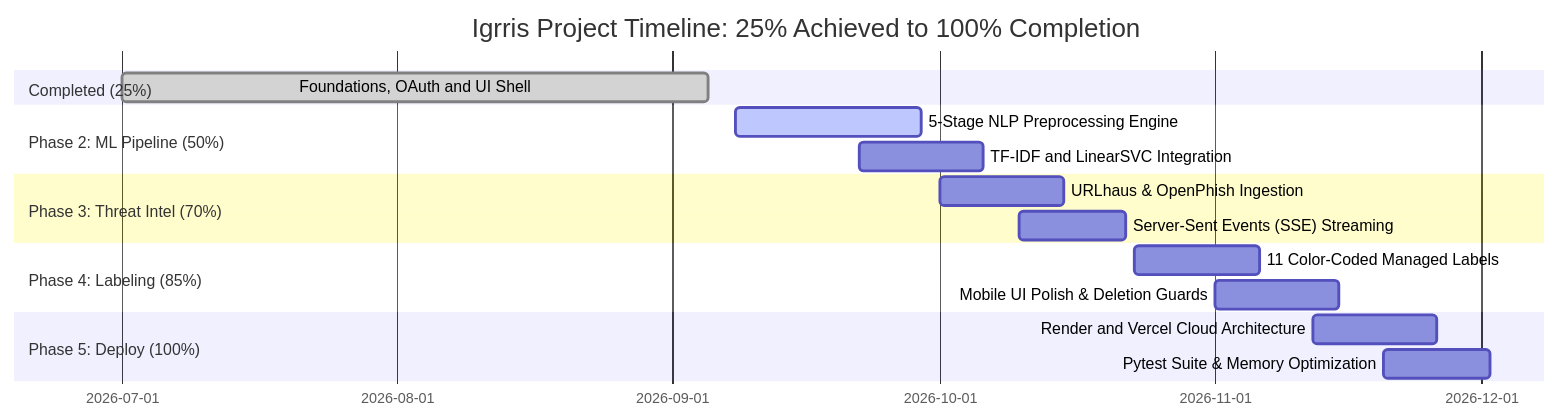
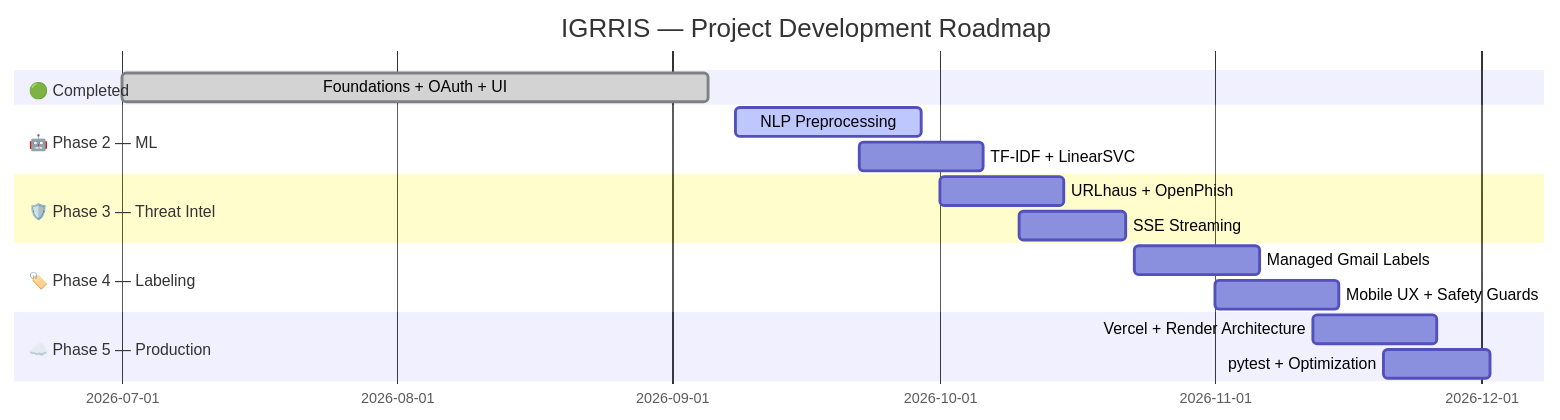
One commit to Atharva-666/igrris changed the diagram in PROJECT_PROGRESS_REPORT.md. Above: the diagram before and after it, drawn with Mermaid. The commit also changed other lines of this file, not shown here.

````diff
--- a/PROJECT_PROGRESS_REPORT.md
+++ b/PROJECT_PROGRESS_REPORT.md
@@ -154,24 +522,24 @@
 ```mermaid
 gantt
-    title Igrris Project Timeline: 25% Achieved to 100% Completion
-    dateFormat  YYYY-MM-DD
-    
-    section Completed (25%)
-    Foundations, OAuth and UI Shell              :done, p1, 2026-07-01, 2026-09-05
-    
-    section Phase 2: ML Pipeline (50%)
-    5-Stage NLP Preprocessing Engine             :active, p2_1, 2026-09-08, 2026-09-29
-    TF-IDF and LinearSVC Integration             :p2_2, 2026-09-22, 2026-10-06
-    
-    section Phase 3: Threat Intel (70%)
-    URLhaus & OpenPhish Ingestion                :p3_1, 2026-10-01, 2026-10-15
-    Server-Sent Events (SSE) Streaming           :p3_2, 2026-10-10, 2026-10-22
-    
-    section Phase 4: Labeling (85%)
-    11 Color-Coded Managed Labels                :p4_1, 2026-10-23, 2026-11-06
-    Mobile UI Polish & Deletion Guards           :p4_2, 2026-11-01, 2026-11-15
-    
-    section Phase 5: Deploy (100%)
-    Render and Vercel Cloud Architecture         :p5_1, 2026-11-12, 2026-11-26
-    Pytest Suite & Memory Optimization           :p5_2, 2026-11-20, 2026-12-02
+    title IGRRIS — Project Development Roadmap
+    dateFormat YYYY-MM-DD
+
+    section 🟢 Completed
+    Foundations + OAuth + UI       :done, p1, 2026-07-01, 2026-09-05
+
+    section 🤖 Phase 2 — ML
+    NLP Preprocessing               :active, p2a, 2026-09-08, 2026-09-29
+    TF-IDF + LinearSVC              :p2b, 2026-09-22, 2026-10-06
+
+    section 🛡️ Phase 3 — Threat Intel
+    URLhaus + OpenPhish             :p3a, 2026-10-01, 2026-10-15
+    SSE Streaming                   :p3b, 2026-10-10, 2026-10-22
+
+    section 🏷️ Phase 4 — Labeling
+    Managed Gmail Labels            :p4a, 2026-10-23, 2026-11-06
+    Mobile UX + Safety Guards       :p4b, 2026-11-01, 2026-11-15
+
+    section ☁️ Phase 5 — Production
+    Vercel + Render Architecture    :p5a, 2026-11-12, 2026-11-26
+    pytest + Optimization           :p5b, 2026-11-20, 2026-12-02
 ```
````
